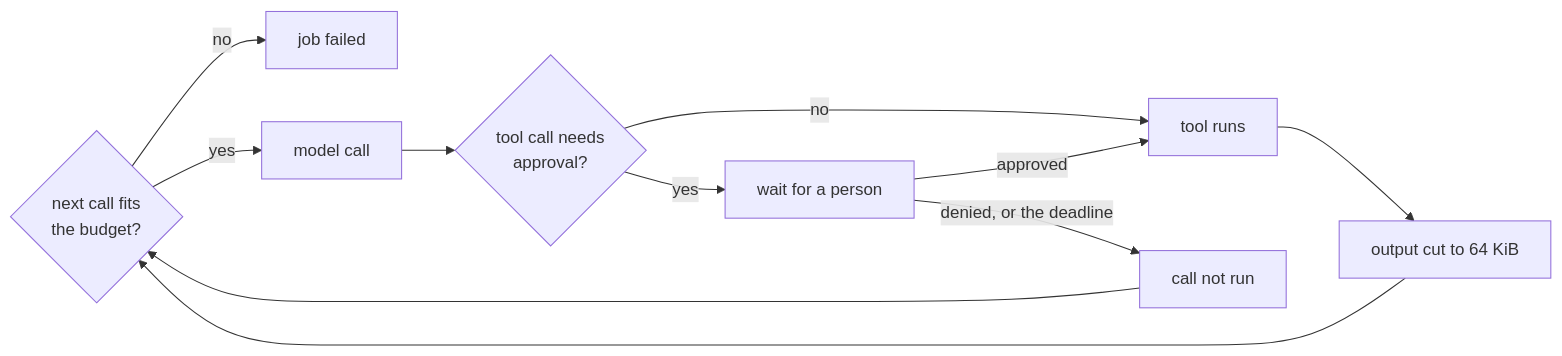
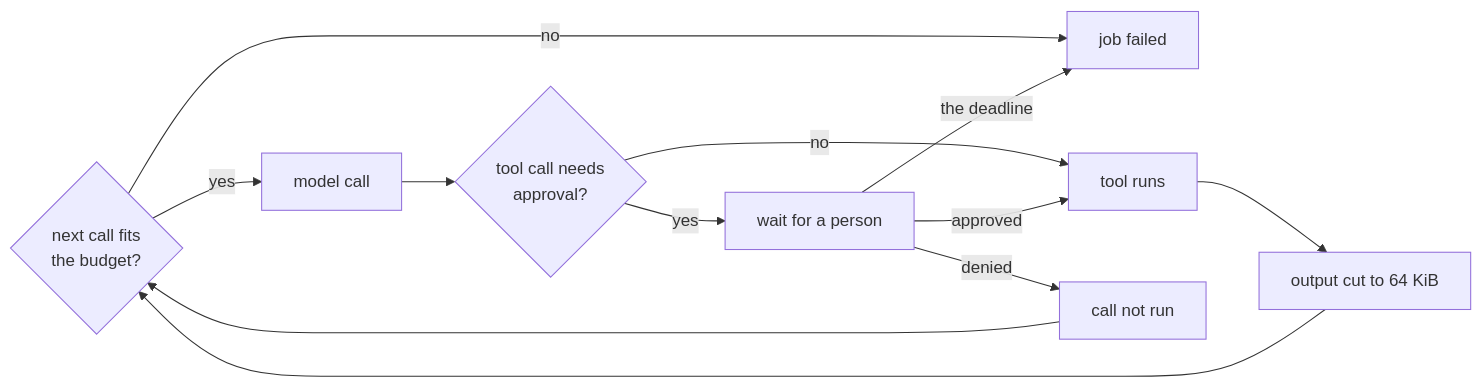
One commit to sindredg/agent-runtime changed the diagram in docs/results/controls.md. Above: the diagram before and after it, drawn with Mermaid. The commit also changed other lines of this file and 8 other files, not shown here.

````diff
--- a/docs/results/controls.md
+++ b/docs/results/controls.md
@@ -12,13 +12,14 @@
 ```mermaid
 flowchart LR
     B{next call fits<br/>the budget?} -->|no| F[job failed]
     B -->|yes| M[model call]
     M --> A{tool call needs<br/>approval?}
     A -->|no| T[tool runs]
     A -->|yes| P[wait for a person]
     P -->|approved| T
-    P -->|denied, or the deadline| N[call not run]
+    P -->|denied| N[call not run]
+    P -->|the deadline| F
     T --> C[output cut to 64 KiB]
     C --> B
     N --> B
 ```
````
